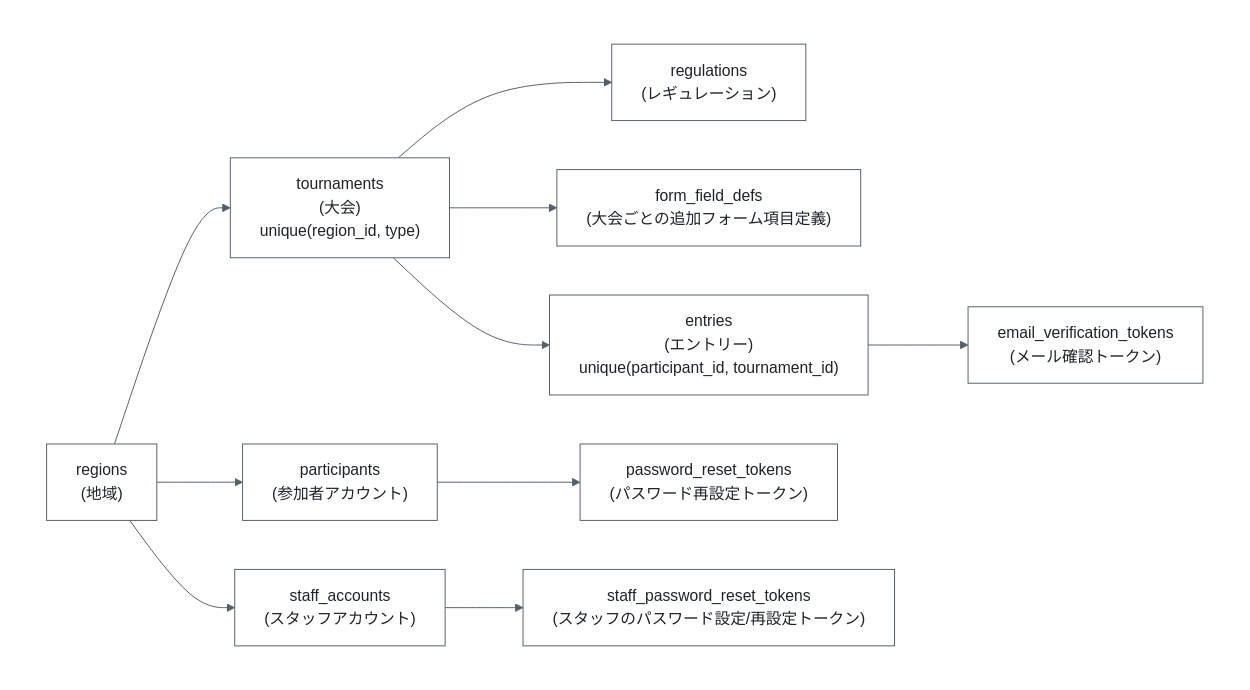
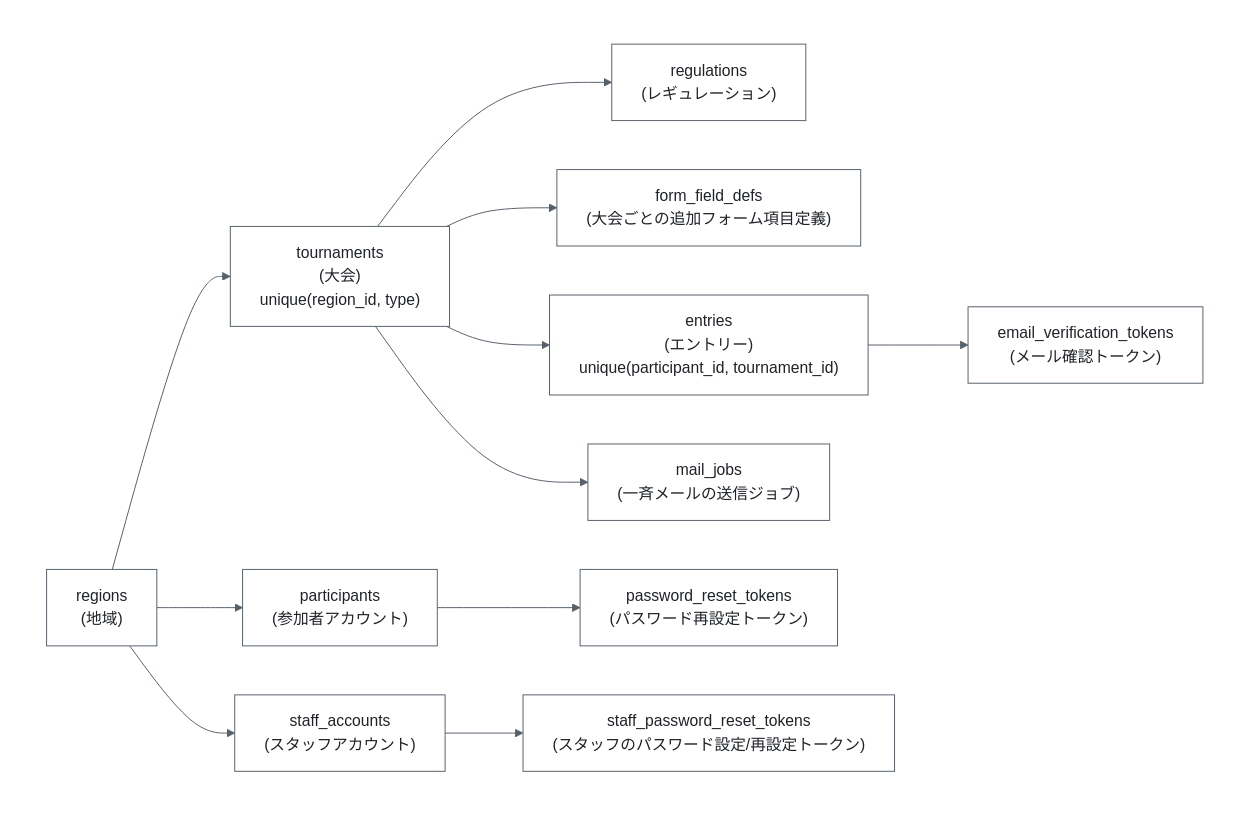
Before and after one commit to m-uesaka/regional-quiz-entry-form: the first of 2 diagrams in docs/database-schema.md, drawn with Mermaid. The commit also changed other lines of this file and 4 other files, not shown here.

````diff
--- a/docs/database-schema.md
+++ b/docs/database-schema.md
@@ -12,29 +12,31 @@
 ```mermaid
 %%{init: {'theme':'base','flowchart':{'wrappingWidth':400},'themeVariables':{'background':'#ffffff','mainBkg':'#ffffff','primaryColor':'#ffffff','primaryTextColor':'#1f2328','primaryBorderColor':'#57606a','secondaryColor':'#ffffff','tertiaryColor':'#ffffff','lineColor':'#57606a','textColor':'#1f2328','edgeLabelBackground':'#ffffff','clusterBkg':'#ffffff','clusterBorder':'#ffffff'}}}%%
 flowchart LR
   %% ダーク表示でも背景を白に固定するため、図全体を白塗りの subgraph で包んでいる
   subgraph bg[" "]
   direction LR
   regions["regions<br>(地域)"]
   tournaments["tournaments<br>(大会)<br>unique(region_id, type)"]
   regulations["regulations<br>(レギュレーション)"]
   form_field_defs["form_field_defs<br>(大会ごとの追加フォーム項目定義)"]
   entries["entries<br>(エントリー)<br>unique(participant_id, tournament_id)"]
   email_verification_tokens["email_verification_tokens<br>(メール確認トークン)"]
   participants["participants<br>(参加者アカウント)"]
   password_reset_tokens["password_reset_tokens<br>(パスワード再設定トークン)"]
   staff_accounts["staff_accounts<br>(スタッフアカウント)"]
   staff_password_reset_tokens["staff_password_reset_tokens<br>(スタッフのパスワード設定/再設定トークン)"]
+  mail_jobs["mail_jobs<br>(一斉メールの送信ジョブ)"]
 
   regions --> tournaments
   regions --> participants
   regions --> staff_accounts
   tournaments --> regulations
   tournaments --> form_field_defs
   tournaments --> entries
+  tournaments --> mail_jobs
   entries --> email_verification_tokens
   participants --> password_reset_tokens
   staff_accounts --> staff_password_reset_tokens
   end
   style bg fill:#ffffff,stroke:#ffffff
 ```
````
